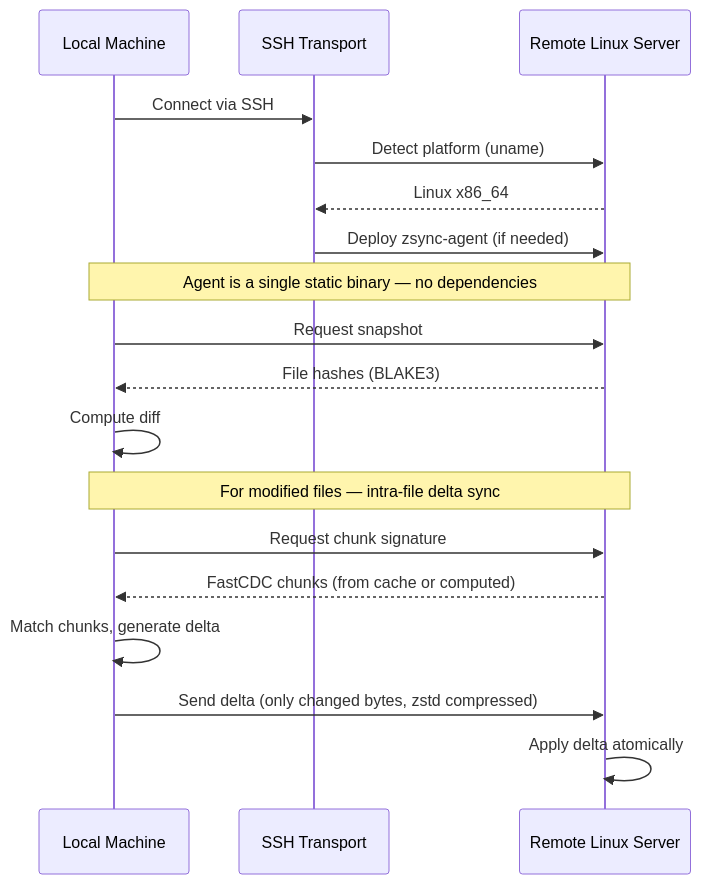
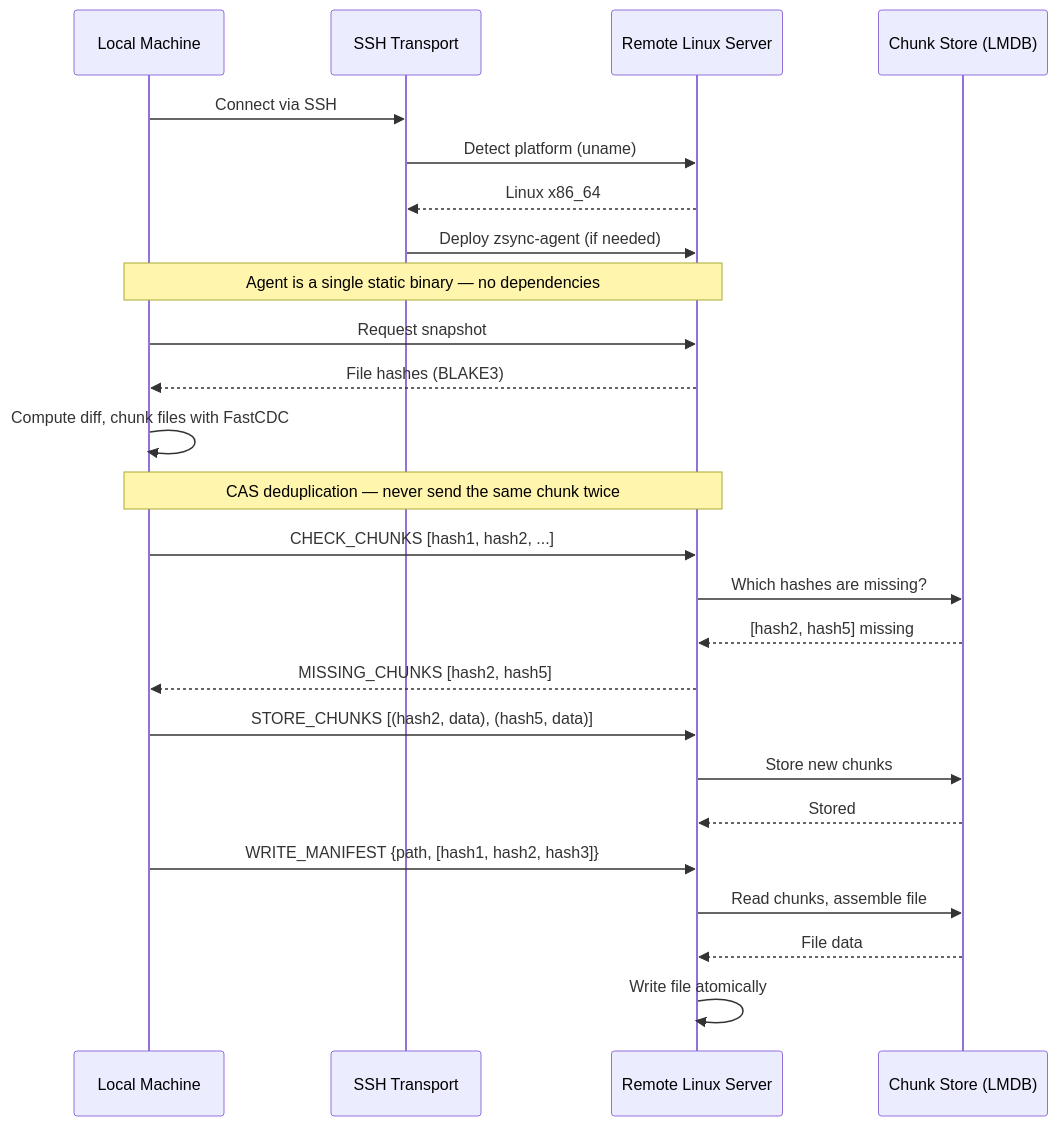
One commit to andrewgazelka/zsync changed the diagram in README.md. Above: the diagram before and after it, drawn with Mermaid. The commit also changed other lines of this file and 9 other files, not shown here.

````diff
--- a/README.md
+++ b/README.md
@@ -54,25 +56,34 @@
 ```mermaid
 sequenceDiagram
     participant Local as Local Machine
     participant SSH as SSH Transport
     participant Remote as Remote Linux Server
+    participant CAS as Chunk Store (LMDB)
 
     Local->>SSH: Connect via SSH
     SSH->>Remote: Detect platform (uname)
     Remote-->>SSH: Linux x86_64
     SSH->>Remote: Deploy zsync-agent (if needed)
 
     Note over Local,Remote: Agent is a single static binary — no dependencies
 
     Local->>Remote: Request snapshot
     Remote-->>Local: File hashes (BLAKE3)
-    Local->>Local: Compute diff
+    Local->>Local: Compute diff, chunk files with FastCDC
 
-    Note over Local,Remote: For modified files — intra-file delta sync
+    Note over Local,Remote: CAS deduplication — never send the same chunk twice
 
-    Local->>Remote: Request chunk signature
-    Remote-->>Local: FastCDC chunks (from cache or computed)
-    Local->>Local: Match chunks, generate delta
-    Local->>Remote: Send delta (only changed bytes, zstd compressed)
-    Remote->>Remote: Apply delta atomically
+    Local->>Remote: CHECK_CHUNKS [hash1, hash2, ...]
+    Remote->>CAS: Which hashes are missing?
+    CAS-->>Remote: [hash2, hash5] missing
+    Remote-->>Local: MISSING_CHUNKS [hash2, hash5]
+
+    Local->>Remote: STORE_CHUNKS [(hash2, data), (hash5, data)]
+    Remote->>CAS: Store new chunks
+    CAS-->>Remote: Stored
+
+    Local->>Remote: WRITE_MANIFEST {path, [hash1, hash2, hash3]}
+    Remote->>CAS: Read chunks, assemble file
+    CAS-->>Remote: File data
+    Remote->>Remote: Write file atomically
 ```
````
